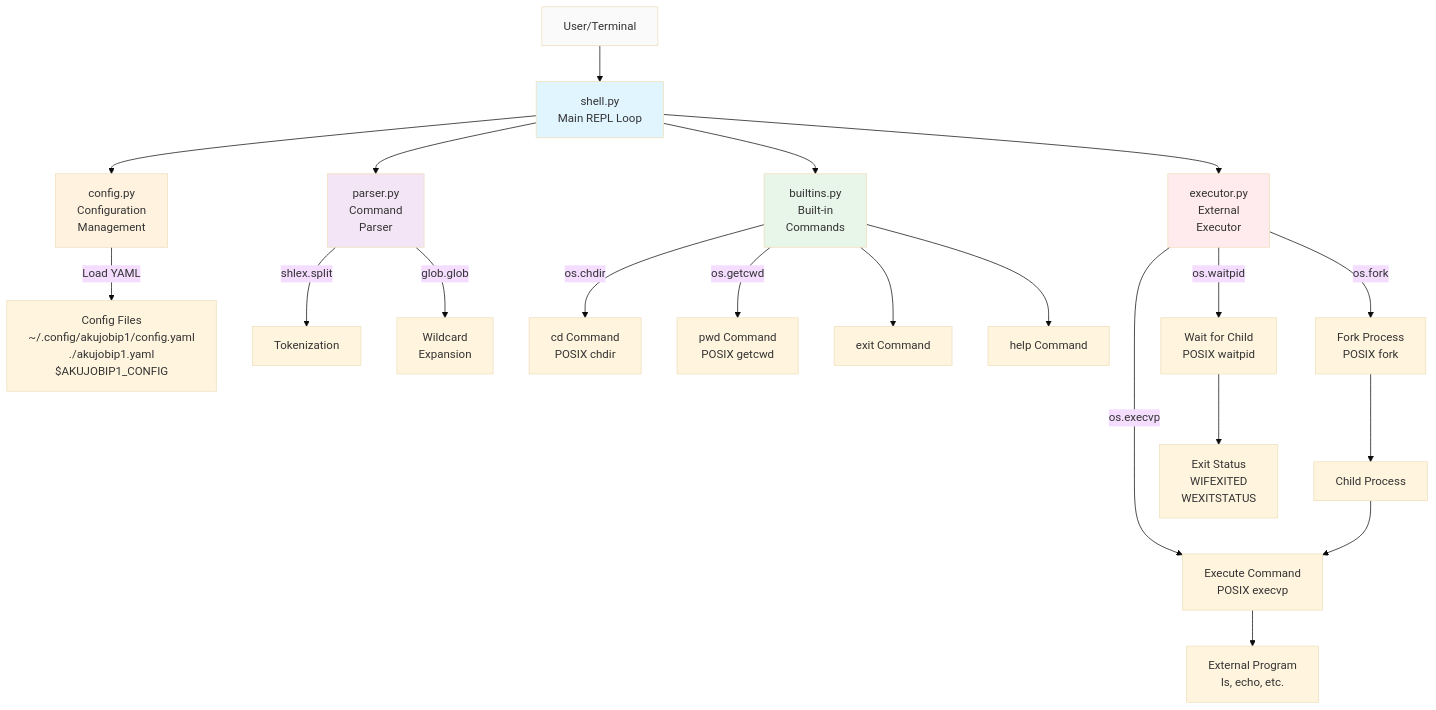
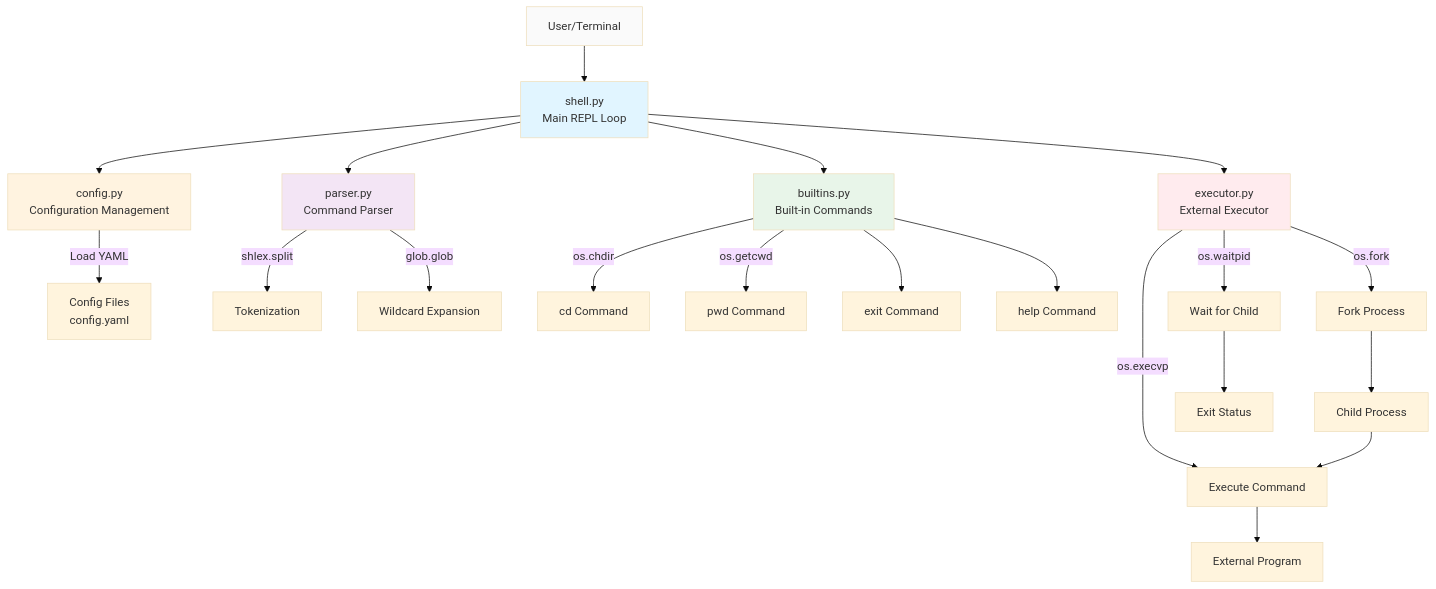
The diagram in docs/diagrams/architecture.md (jakujobi/AkujobiP1Shell), drawn with Mermaid (base theme) before and after one commit. The commit also changed 3 other files, not shown here.

````diff
--- a/docs/diagrams/architecture.md
+++ b/docs/diagrams/architecture.md
@@ -5,35 +5,35 @@
 ```mermaid
 graph TB
-    User[User/Terminal] --> Shell[shell.py<br/>Main REPL Loop]
+    User["User/Terminal"] --> Shell["shell.py<br/>Main REPL Loop"]
     
-    Shell --> Config[config.py<br/>Configuration<br/>Management]
-    Shell --> Parser[parser.py<br/>Command<br/>Parser]
-    Shell --> Builtins[builtins.py<br/>Built-in<br/>Commands]
-    Shell --> Executor[executor.py<br/>External<br/>Executor]
+    Shell --> Config["config.py<br/>Configuration Management"]
+    Shell --> Parser["parser.py<br/>Command Parser"]
+    Shell --> Builtins["builtins.py<br/>Built-in Commands"]
+    Shell --> Executor["executor.py<br/>External Executor"]
     
-    Config --> |Load YAML| Files[Config Files<br/>~/.config/akujobip1/config.yaml<br/>./akujobip1.yaml<br/>$AKUJOBIP1_CONFIG]
+    Config -->|"Load YAML"| Files["Config Files<br/>config.yaml"]
     
-    Parser --> |shlex.split| Tokenize[Tokenization]
-    Parser --> |glob.glob| Wildcards[Wildcard<br/>Expansion]
+    Parser -->|"shlex.split"| Tokenize["Tokenization"]
+    Parser -->|"glob.glob"| Wildcards["Wildcard Expansion"]
     
-    Builtins --> |os.chdir| CD[cd Command<br/>POSIX chdir]
-    Builtins --> |os.getcwd| PWD[pwd Command<br/>POSIX getcwd]
-    Builtins --> Exit[exit Command]
-    Builtins --> Help[help Command]
+    Builtins -->|"os.chdir"| CD["cd Command"]
+    Builtins -->|"os.getcwd"| PWD["pwd Command"]
+    Builtins --> Exit["exit Command"]
+    Builtins --> Help["help Command"]
     
-    Executor --> |os.fork| Fork[Fork Process<br/>POSIX fork]
-    Executor --> |os.execvp| Exec[Execute Command<br/>POSIX execvp]
-    Executor --> |os.waitpid| Wait[Wait for Child<br/>POSIX waitpid]
+    Executor -->|"os.fork"| Fork["Fork Process"]
+    Executor -->|"os.execvp"| Exec["Execute Command"]
+    Executor -->|"os.waitpid"| Wait["Wait for Child"]
     
-    Fork --> Child[Child Process]
+    Fork --> Child["Child Process"]
     Child --> Exec
-    Exec --> Program[External Program<br/>ls, echo, etc.]
-    Wait --> Status[Exit Status<br/>WIFEXITED<br/>WEXITSTATUS]
+    Exec --> Program["External Program"]
+    Wait --> Status["Exit Status"]
     
     style Shell fill:#e1f5ff
     style Config fill:#fff3e0
     style Parser fill:#f3e5f5
     style Builtins fill:#e8f5e9
     style Executor fill:#ffebee
     style User fill:#fafafa
 ```
````
